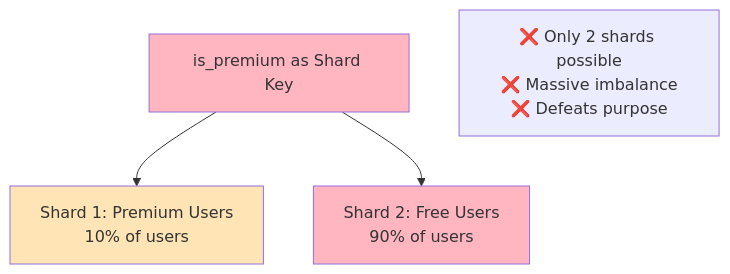
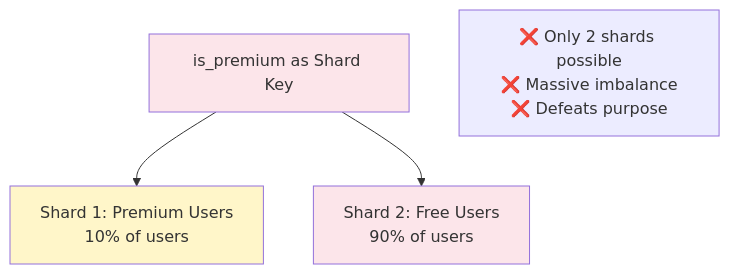
One commit to cartmancodes/InterviewVault changed diagram 11 of 46 in LLD/CoreConcepts/Sharding.md. Above: the diagram before and after it, drawn with Mermaid. The commit also changed other lines of this file and 679 other files, not shown here.

Commit message:
Unify content diagrams and add accessible visual walkthroughs

````diff
--- a/LLD/CoreConcepts/Sharding.md
+++ b/LLD/CoreConcepts/Sharding.md
@@ -277,13 +277,13 @@
 ```mermaid
 graph TB
     KEY[is_premium as Shard Key]
     
     KEY --> S1[Shard 1: Premium Users<br/>10% of users]
     KEY --> S2[Shard 2: Free Users<br/>90% of users]
     
     NOTE[❌ Only 2 shards possible<br/>❌ Massive imbalance<br/>❌ Defeats purpose]
     
-    style KEY fill:#FFB6C1
-    style S1 fill:#FFE4B5
-    style S2 fill:#FFB6C1
+    style KEY fill:#FCE5EA
+    style S1 fill:#FFF6C9
+    style S2 fill:#FCE5EA
 ```
````
